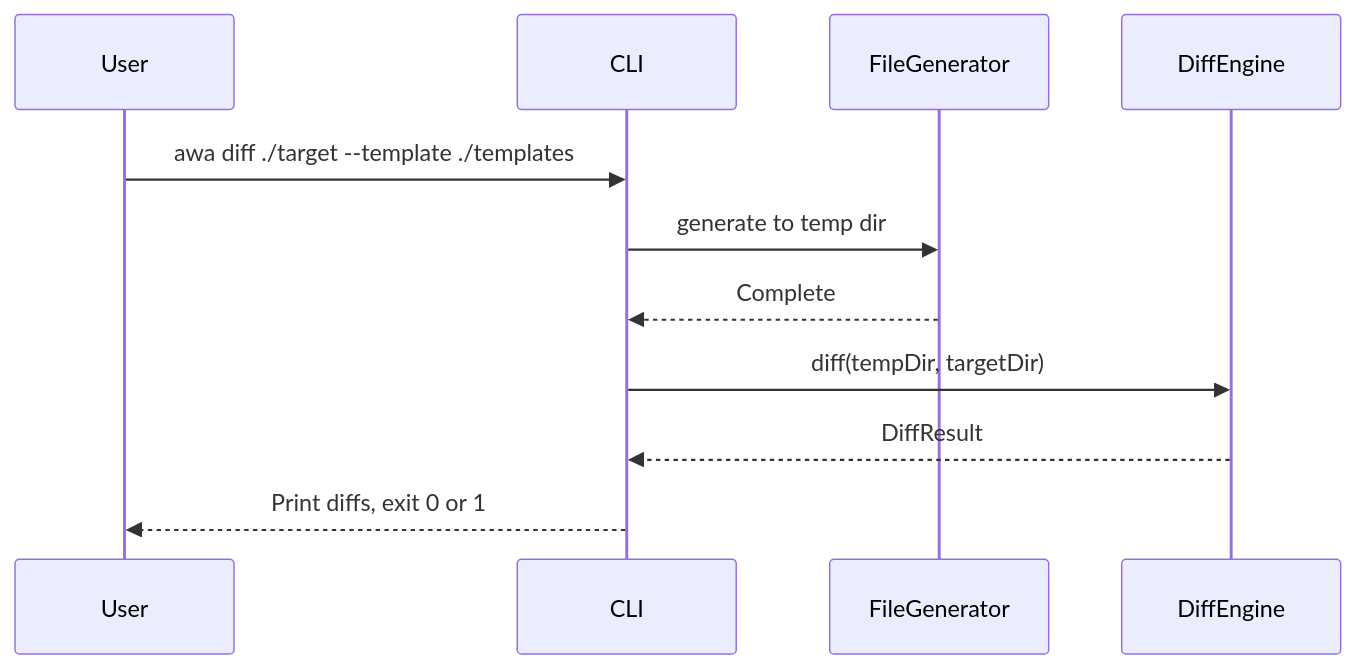
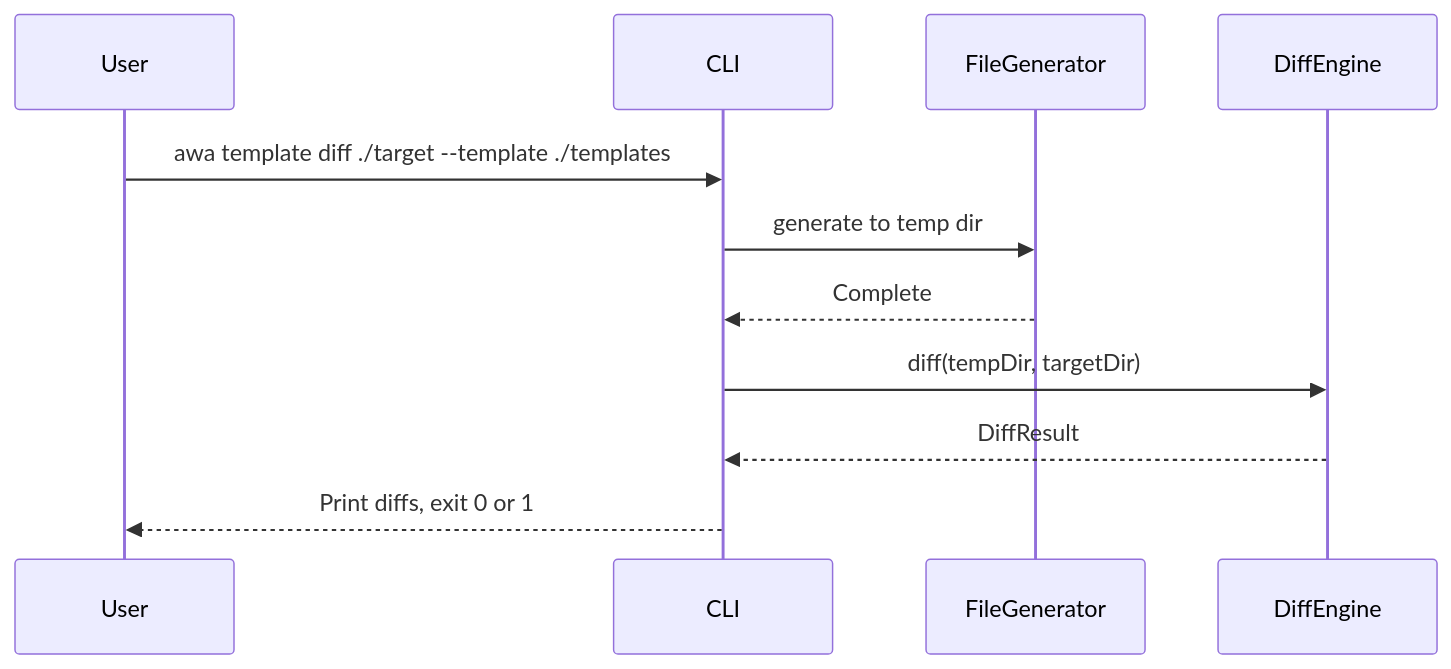
Before and after one commit to ncoderz/awa: the third of 3 diagrams in .awa/specs/ARCHITECTURE.md, drawn with Mermaid. The commit also changed other lines of this file and 58 other files, not shown here.

````diff
--- a/.awa/specs/ARCHITECTURE.md
+++ b/.awa/specs/ARCHITECTURE.md
@@ -480,14 +483,14 @@
 ```mermaid
 sequenceDiagram
     participant User
     participant CLI
     participant Gen as FileGenerator
     participant Diff as DiffEngine
 
-    User->>CLI: awa diff ./target --template ./templates
+    User->>CLI: awa template diff ./target --template ./templates
     CLI->>Gen: generate to temp dir
     Gen-->>CLI: Complete
     CLI->>Diff: diff(tempDir, targetDir)
     Diff-->>CLI: DiffResult
     CLI-->>User: Print diffs, exit 0 or 1
 ```
````
